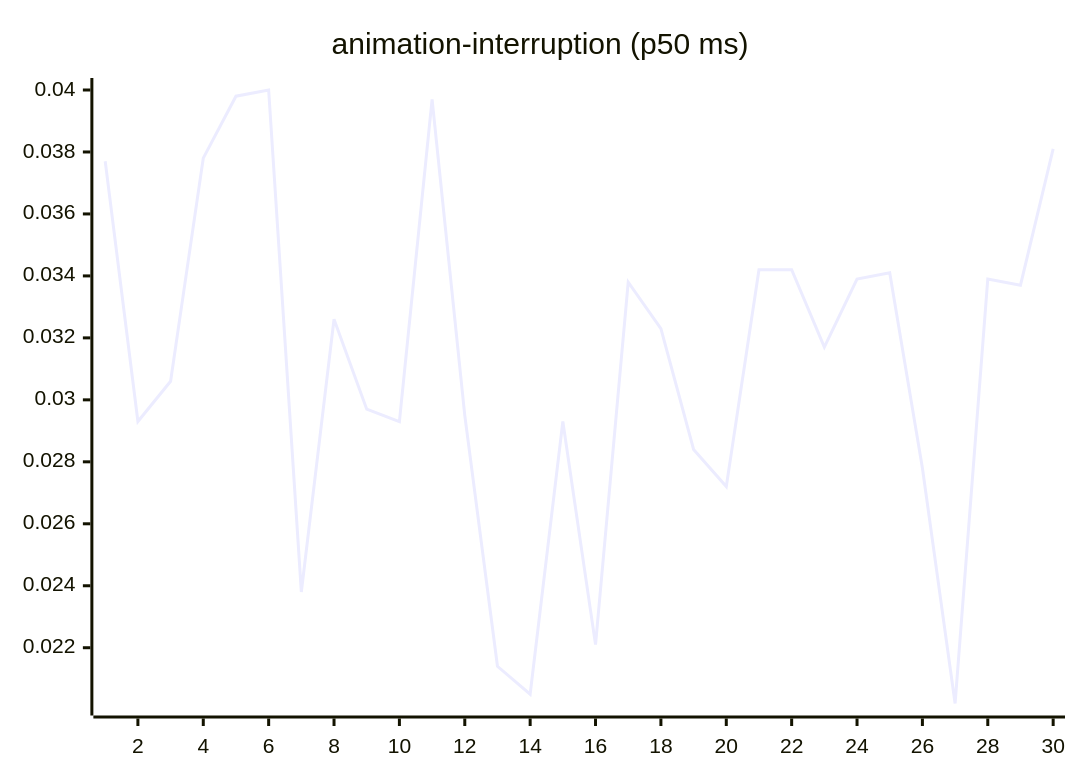
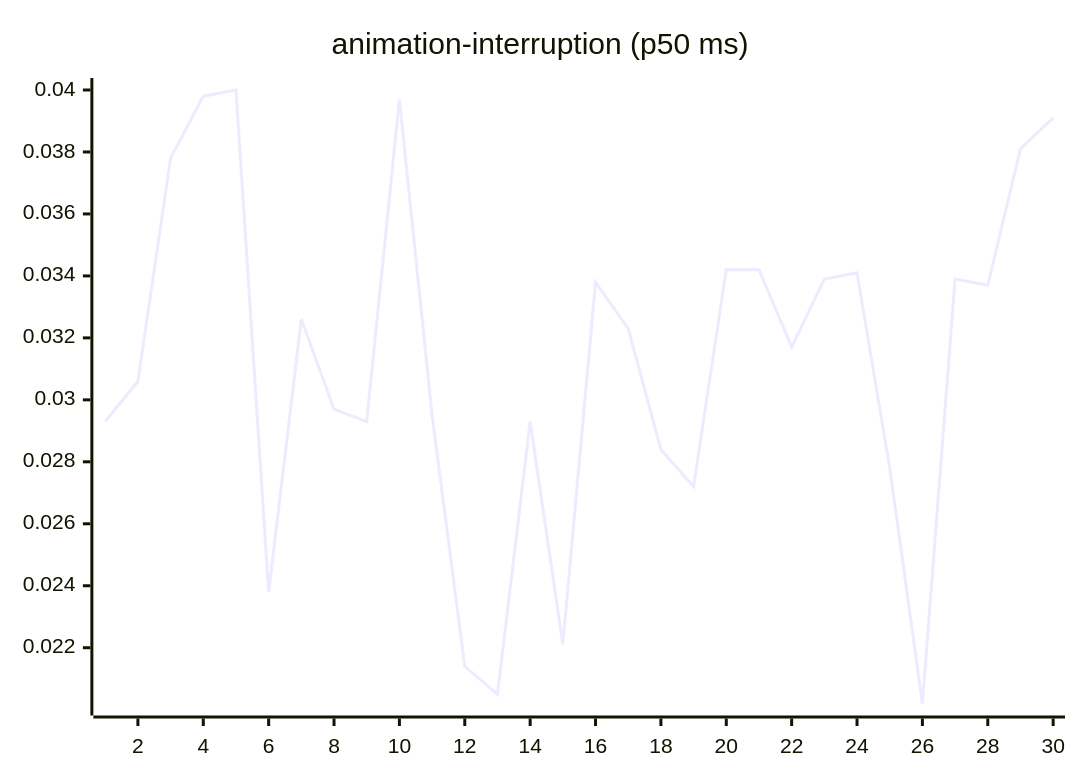
The third of 27 diagrams in README.md (josha/Facet), drawn with Mermaid before and after one commit. The commit also changed other lines of this file and 2 other files, not shown here.

````diff
--- a/README.md
+++ b/README.md
@@ -77,6 +77,6 @@
 ```mermaid
 xychart-beta
     title "animation-interruption (p50 ms)"
     x-axis 1 --> 30
-    line [0.0377, 0.0293, 0.0306, 0.0378, 0.0398, 0.0400, 0.0238, 0.0326, 0.0297, 0.0293, 0.0397, 0.0295, 0.0214, 0.0205, 0.0293, 0.0221, 0.0338, 0.0323, 0.0284, 0.0272, 0.0342, 0.0342, 0.0317, 0.0339, 0.0341, 0.0278, 0.0202, 0.0339, 0.0337, 0.0381]
+    line [0.0293, 0.0306, 0.0378, 0.0398, 0.0400, 0.0238, 0.0326, 0.0297, 0.0293, 0.0397, 0.0295, 0.0214, 0.0205, 0.0293, 0.0221, 0.0338, 0.0323, 0.0284, 0.0272, 0.0342, 0.0342, 0.0317, 0.0339, 0.0341, 0.0278, 0.0202, 0.0339, 0.0337, 0.0381, 0.0391]
 ```
````
